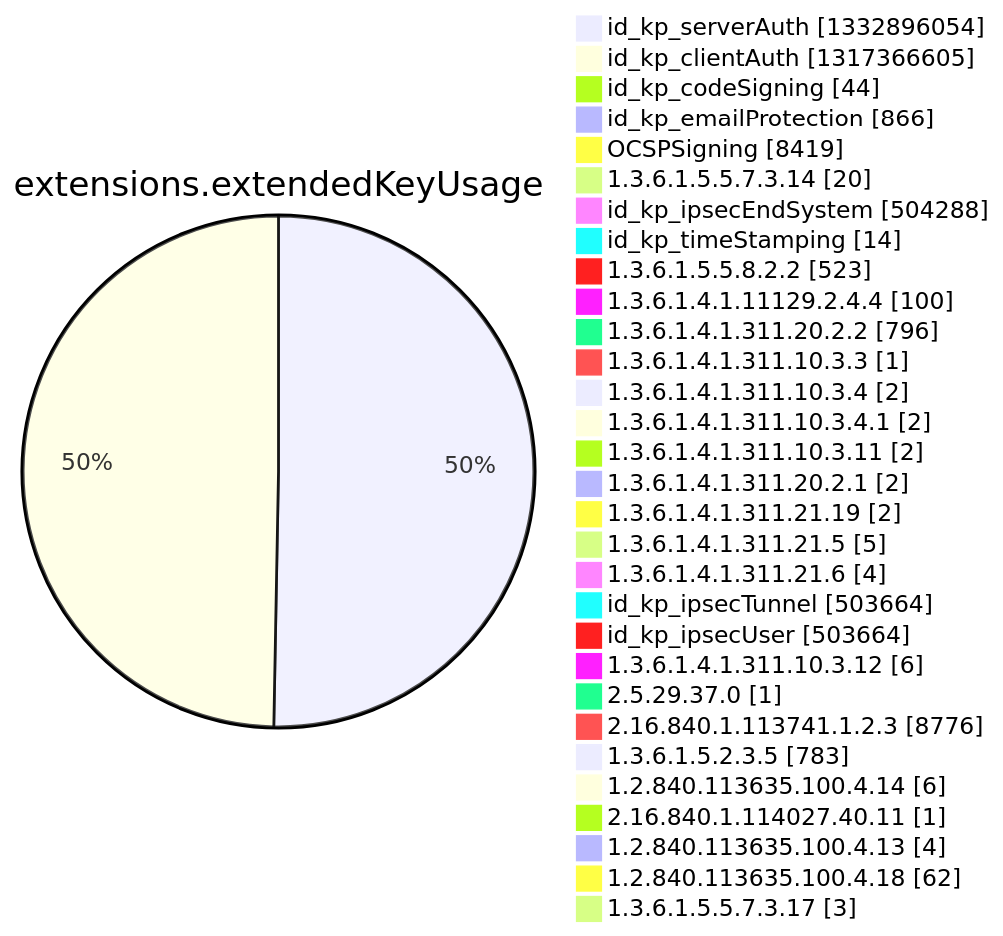
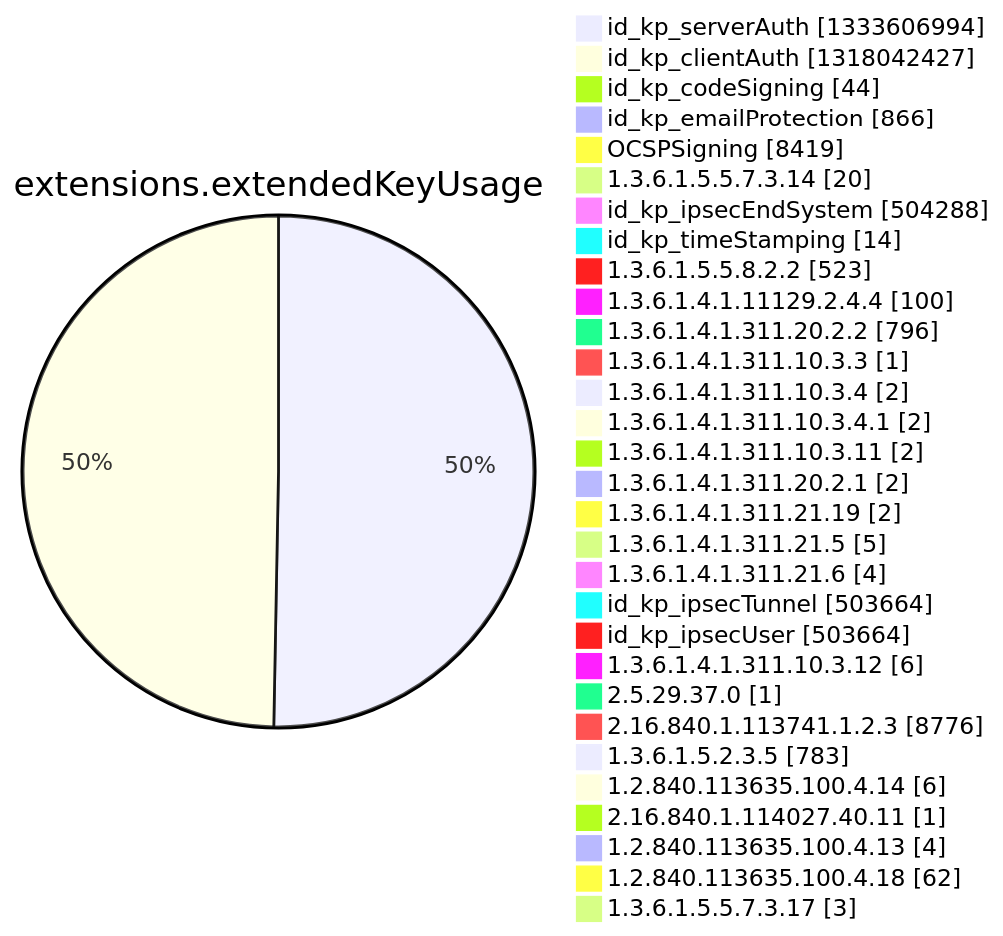
One commit to christiankrug/ctmonitor_visualization changed diagram 12 of 15 in argon2022/README.md. Above: the diagram before and after it, drawn with Mermaid. The commit also changed other lines of this file, not shown here.

````diff
--- a/argon2022/README.md
+++ b/argon2022/README.md
@@ -3553,34 +3553,34 @@
 ```mermaid
 pie showData
 title extensions.extendedKeyUsage
-"id_kp_serverAuth" :1332896054
-"id_kp_clientAuth" :1317366605
+"id_kp_serverAuth" :1333606994
+"id_kp_clientAuth" :1318042427
 "id_kp_codeSigning" :44
 "id_kp_emailProtection" :866
 "OCSPSigning" :8419
 "1.3.6.1.5.5.7.3.14" :20
 "id_kp_ipsecEndSystem" :504288
 "id_kp_timeStamping" :14
 "1.3.6.1.5.5.8.2.2" :523
 "1.3.6.1.4.1.11129.2.4.4" :100
 "1.3.6.1.4.1.311.20.2.2" :796
 "1.3.6.1.4.1.311.10.3.3" :1
 "1.3.6.1.4.1.311.10.3.4" :2
 "1.3.6.1.4.1.311.10.3.4.1" :2
 "1.3.6.1.4.1.311.10.3.11" :2
 "1.3.6.1.4.1.311.20.2.1" :2
 "1.3.6.1.4.1.311.21.19" :2
 "1.3.6.1.4.1.311.21.5" :5
 "1.3.6.1.4.1.311.21.6" :4
 "id_kp_ipsecTunnel" :503664
 "id_kp_ipsecUser" :503664
 "1.3.6.1.4.1.311.10.3.12" :6
 "2.5.29.37.0" :1
 "2.16.840.1.113741.1.2.3" :8776
 "1.3.6.1.5.2.3.5" :783
 "1.2.840.113635.100.4.14" :6
 "2.16.840.1.114027.40.11" :1
 "1.2.840.113635.100.4.13" :4
 "1.2.840.113635.100.4.18" :62
 "1.3.6.1.5.5.7.3.17" :3
 ```
````
